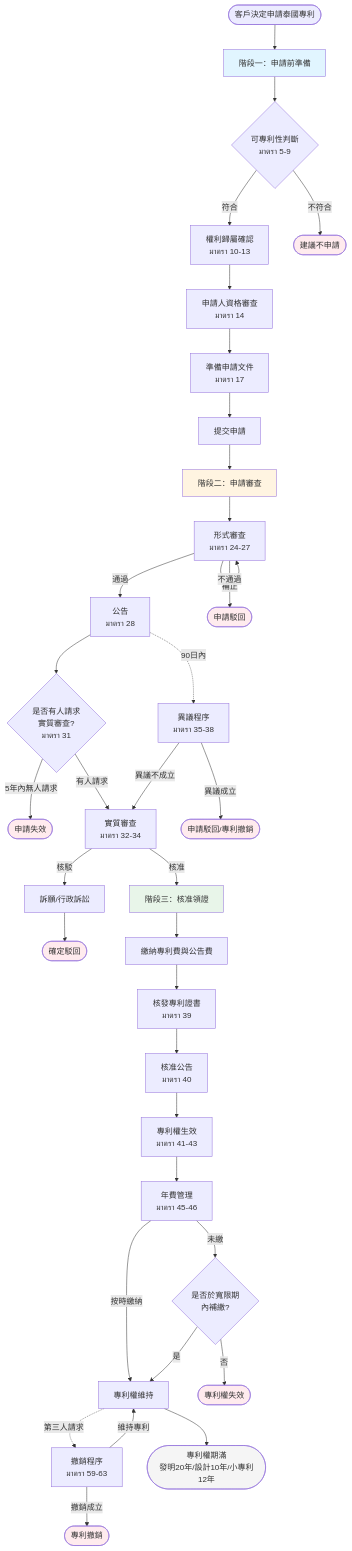
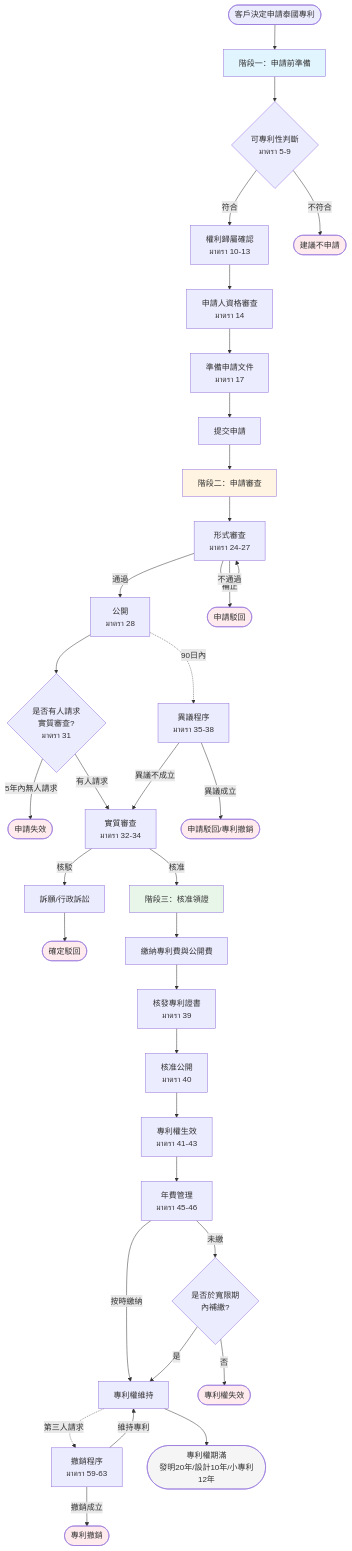
Before and after one commit to darkpt/webspace: the diagram in patent/泰國專利申請程序SOP.md, drawn with Mermaid. The commit also changed other lines of this file, not shown here.

````diff
--- a/patent/泰國專利申請程序SOP.md
+++ b/patent/泰國專利申請程序SOP.md
@@ -768,61 +768,61 @@
 ```mermaid
 flowchart TD
     Start([客戶決定申請泰國專利]) --> PrepPhase[階段一：申請前準備]
     
     PrepPhase --> P1{可專利性判斷<br/>มาตรา 5-9}
     P1 -->|符合| P2[權利歸屬確認<br/>มาตรา 10-13]
     P1 -->|不符合| End1([建議不申請])
     
     P2 --> P3[申請人資格審查<br/>มาตรา 14]
     P3 --> P4[準備申請文件<br/>มาตรา 17]
     P4 --> P5[提交申請]
     
     P5 --> ExamPhase[階段二：申請審查]
     
     ExamPhase --> E1[形式審查<br/>มาตรา 24-27]
-    E1 -->|通過| E2[公告<br/>มาตรา 28]
+    E1 -->|通過| E2[公開<br/>มาตรา 28]
     E1 -->|補正| E1
     E1 -->|不通過| End2([申請駁回])
     
     E2 --> E3{是否有人請求<br/>實質審查?<br/>มาตรา 31}
     E3 -->|5年內無人請求| End3([申請失效])
     E3 -->|有人請求| E4[實質審查<br/>มาตรา 32-34]
     
     E2 -.->|90日內| E5[異議程序<br/>มาตรา 35-38]
     E5 -->|異議成立| End4([申請駁回/專利撤銷])
     E5 -->|異議不成立| E4
     
     E4 -->|核駁| E6[訴願/行政訴訟]
     E6 --> End5([確定駁回])
     
     E4 -->|核准| GrantPhase[階段三：核准領證]
     
-    GrantPhase --> G1[繳納專利費與公告費]
+    GrantPhase --> G1[繳納專利費與公開費]
     G1 --> G2[核發專利證書<br/>มาตรา 39]
-    G2 --> G3[核准公告<br/>มาตรา 40]
+    G2 --> G3[核准公開<br/>มาตรา 40]
     G3 --> G4[專利權生效<br/>มาตรา 41-43]
     
     G4 --> M1[年費管理<br/>มาตรา 45-46]
     M1 -->|按時繳納| M2[專利權維持]
     M1 -->|未繳| M3{是否於寬限期<br/>內補繳?}
     M3 -->|是| M2
     M3 -->|否| End6([專利權失效])
     
     M2 -.->|第三人請求| R1[撤銷程序<br/>มาตรา 59-63]
     R1 -->|撤銷成立| End7([專利撤銷])
     R1 -->|維持專利| M2
     
     M2 --> End8([專利權期滿<br/>發明20年/設計10年/小專利12年])
     
     style PrepPhase fill:#e1f5ff
     style ExamPhase fill:#fff4e1
     style GrantPhase fill:#e8f5e9
     style End1 fill:#ffebee
     style End2 fill:#ffebee
     style End3 fill:#ffebee
     style End4 fill:#ffebee
     style End5 fill:#ffebee
     style End6 fill:#ffebee
     style End7 fill:#ffebee
     style End8 fill:#f5f5f5
 ```
````
